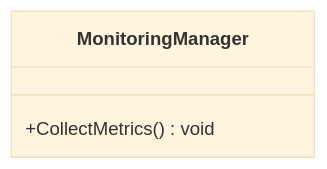
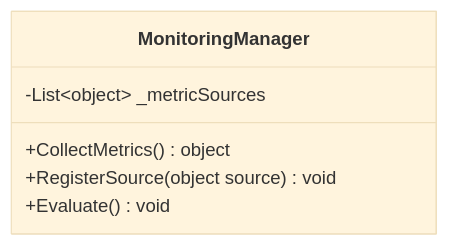
Diagram 11 of 52 in README.md (manaxpow/DBMS), drawn with Mermaid (base theme) before and after one commit. The commit also changed other lines of this file and 15 other files, not shown here.

````diff
--- a/README.md
+++ b/README.md
@@ -1033,7 +1082,10 @@
 ```mermaid
 classDiagram
     direction TB
     class MonitoringManager {
-        +CollectMetrics() void
+        -List~object~ _metricSources
+        +CollectMetrics() object
+        +RegisterSource(object source) void
+        +Evaluate() void
     }
 ```
````
